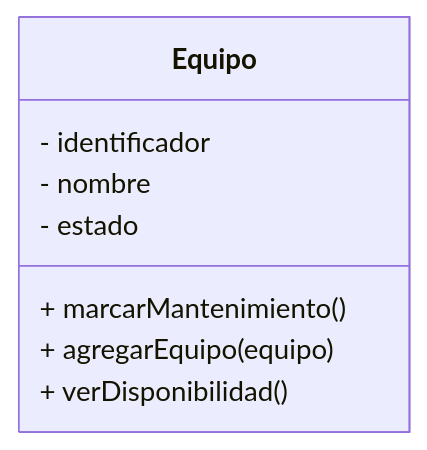
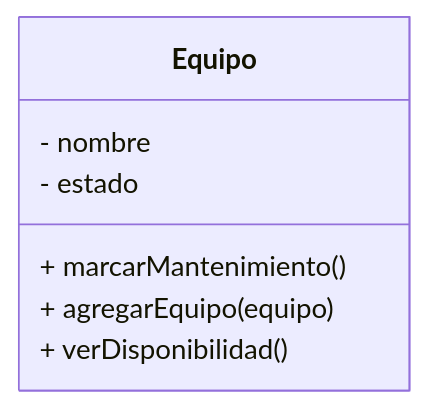
One commit to toonchavez8/Unir-Notes changed the fourth of 16 diagrams in Maestría-Ingeniería-de-Software/02-Metologias-Desarollo-y-Calidad/Actividades/Actividad_01_Miguel_DeJesus_Chavez_Barragan.md. Above: the diagram before and after it, drawn with Mermaid. The commit also changed other lines of this file and 3 other files, not shown here.

````diff
--- a/Maestría-Ingeniería-de-Software/02-Metologias-Desarollo-y-Calidad/Actividades/Actividad_01_Miguel_DeJesus_Chavez_Barragan.md
+++ b/Maestría-Ingeniería-de-Software/02-Metologias-Desarollo-y-Calidad/Actividades/Actividad_01_Miguel_DeJesus_Chavez_Barragan.md
@@ -244,11 +242,10 @@
 ```mermaid
 classDiagram
  class Equipo {
-    - identificador
     - nombre
     - estado
     + marcarMantenimiento()
     + agregarEquipo(equipo)
     + verDisponibilidad()
  }
 ```
````
